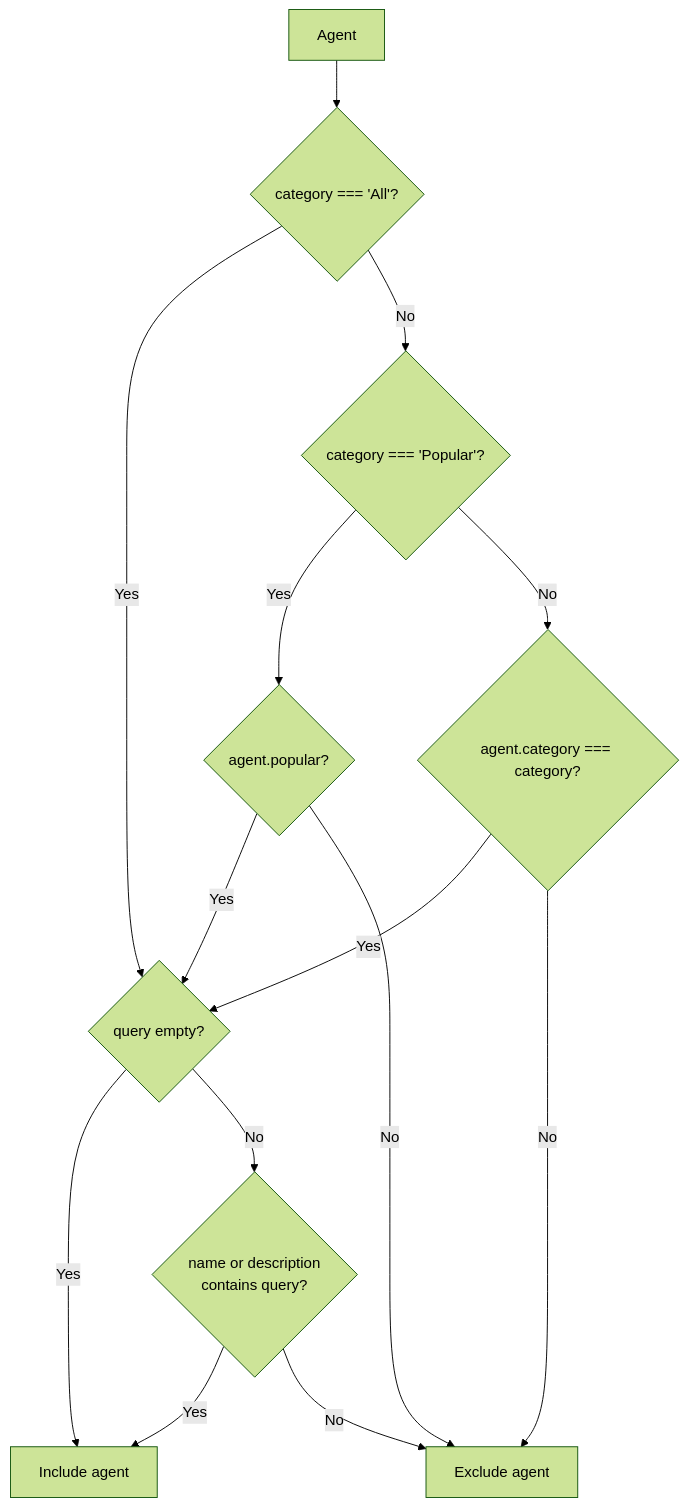
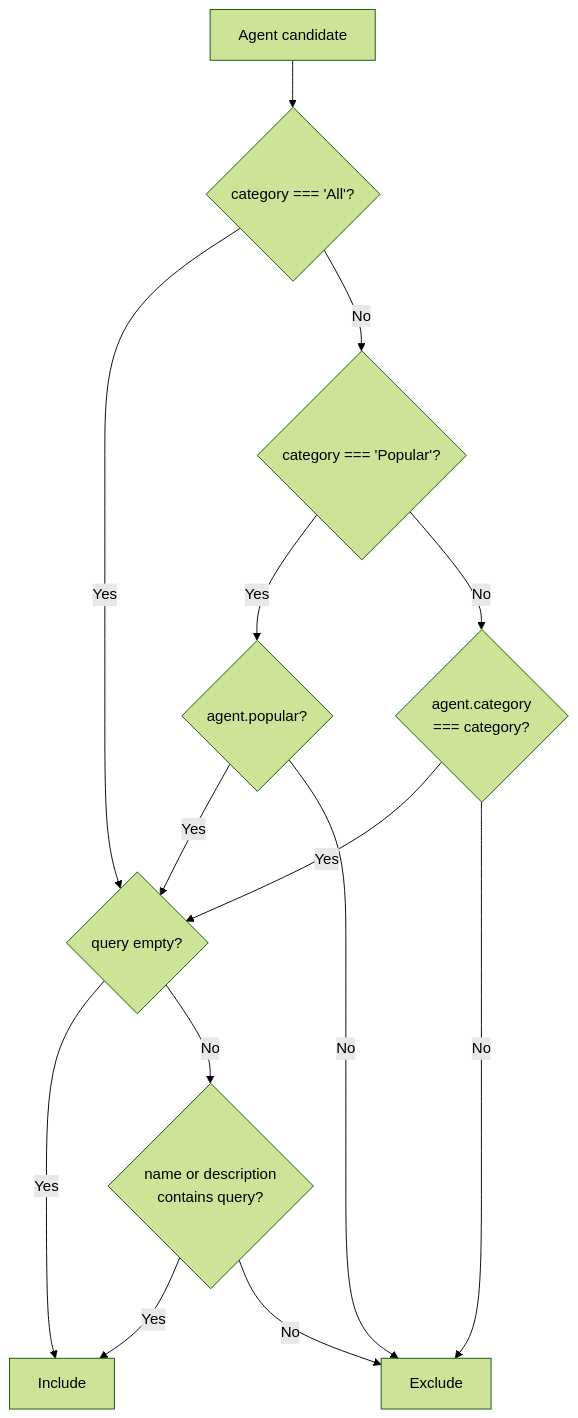
Before and after one commit to Gunashekharp/sdlc-sample-worflow: the diagram in docs-site/src/content/docs/frontend/lib/filteragents.md, drawn with Mermaid (forest theme). The commit also changed other lines of this file and 52 other files, not shown here.

````diff
--- a/docs-site/src/content/docs/frontend/lib/filteragents.md
+++ b/docs-site/src/content/docs/frontend/lib/filteragents.md
@@ -129,26 +133,26 @@
 ```mermaid
 flowchart TD
-  A[Agent]
+  A[Agent candidate]
   B{"category === 'All'?"}
   C{"category === 'Popular'?"}
   D{"agent.popular?"}
-  E{"agent.category === category?"}
+  E{"agent.category\n=== category?"}
   F{"query empty?"}
   G{"name or description\ncontains query?"}
-  INCLUDE[Include agent]
-  EXCLUDE[Exclude agent]
+  INCLUDE[Include]
+  EXCLUDE[Exclude]
 
   A --> B
   B -->|Yes| F
   B -->|No| C
   C -->|Yes| D
   C -->|No| E
   D -->|Yes| F
   D -->|No| EXCLUDE
   E -->|Yes| F
   E -->|No| EXCLUDE
   F -->|Yes| INCLUDE
   F -->|No| G
   G -->|Yes| INCLUDE
   G -->|No| EXCLUDE
 ```
````
